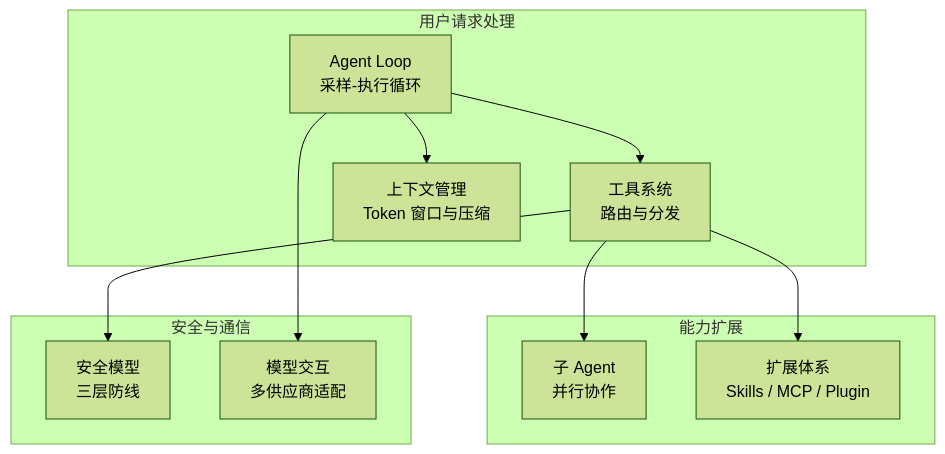
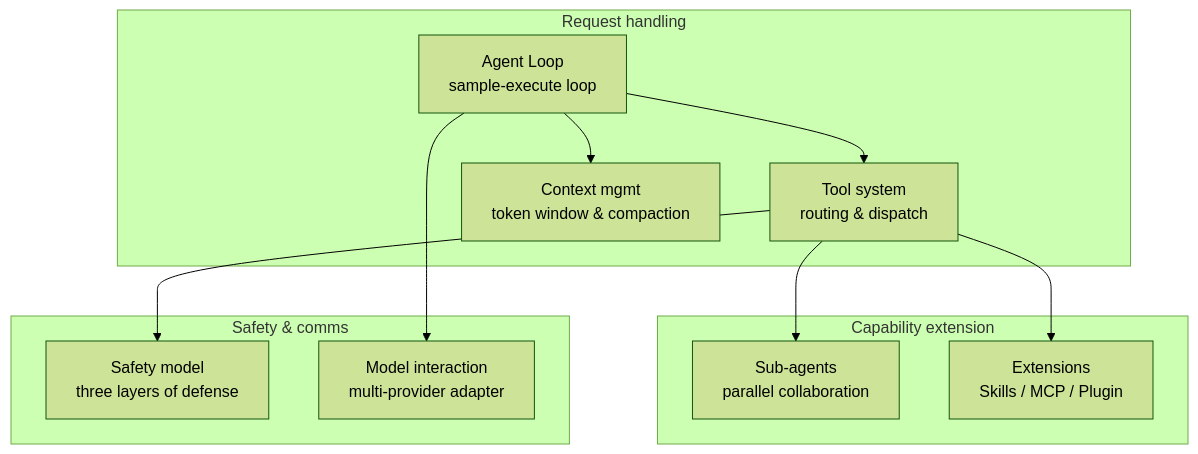
The fourth of 6 diagrams in wiki/01-architecture-overview.md (yibn2008/learn-codex), drawn with Mermaid (forest theme) before and after one commit. The commit also changed other lines of this file and 32 other files, not shown here.

````diff
--- a/wiki/01-architecture-overview.md
+++ b/wiki/01-architecture-overview.md
@@ -207,25 +209,25 @@
 ```mermaid
 graph TD
-    subgraph 用户请求处理
-        LOOP[Agent Loop<br/>采样-执行循环]
-        TOOL[工具系统<br/>路由与分发]
-        CTX[上下文管理<br/>Token 窗口与压缩]
+    subgraph Request handling
+        LOOP[Agent Loop<br/>sample-execute loop]
+        TOOL[Tool system<br/>routing & dispatch]
+        CTX[Context mgmt<br/>token window & compaction]
     end
 
-    subgraph 能力扩展
-        SUB[子 Agent<br/>并行协作]
-        EXT[扩展体系<br/>Skills / MCP / Plugin]
+    subgraph Capability extension
+        SUB[Sub-agents<br/>parallel collaboration]
+        EXT[Extensions<br/>Skills / MCP / Plugin]
     end
 
-    subgraph 安全与通信
-        SEC[安全模型<br/>三层防线]
-        API[模型交互<br/>多供应商适配]
+    subgraph Safety & comms
+        SEC[Safety model<br/>three layers of defense]
+        API[Model interaction<br/>multi-provider adapter]
     end
 
     LOOP --> TOOL
     LOOP --> CTX
     LOOP --> API
     TOOL --> SEC
     TOOL --> SUB
     TOOL --> EXT
 ```
````
